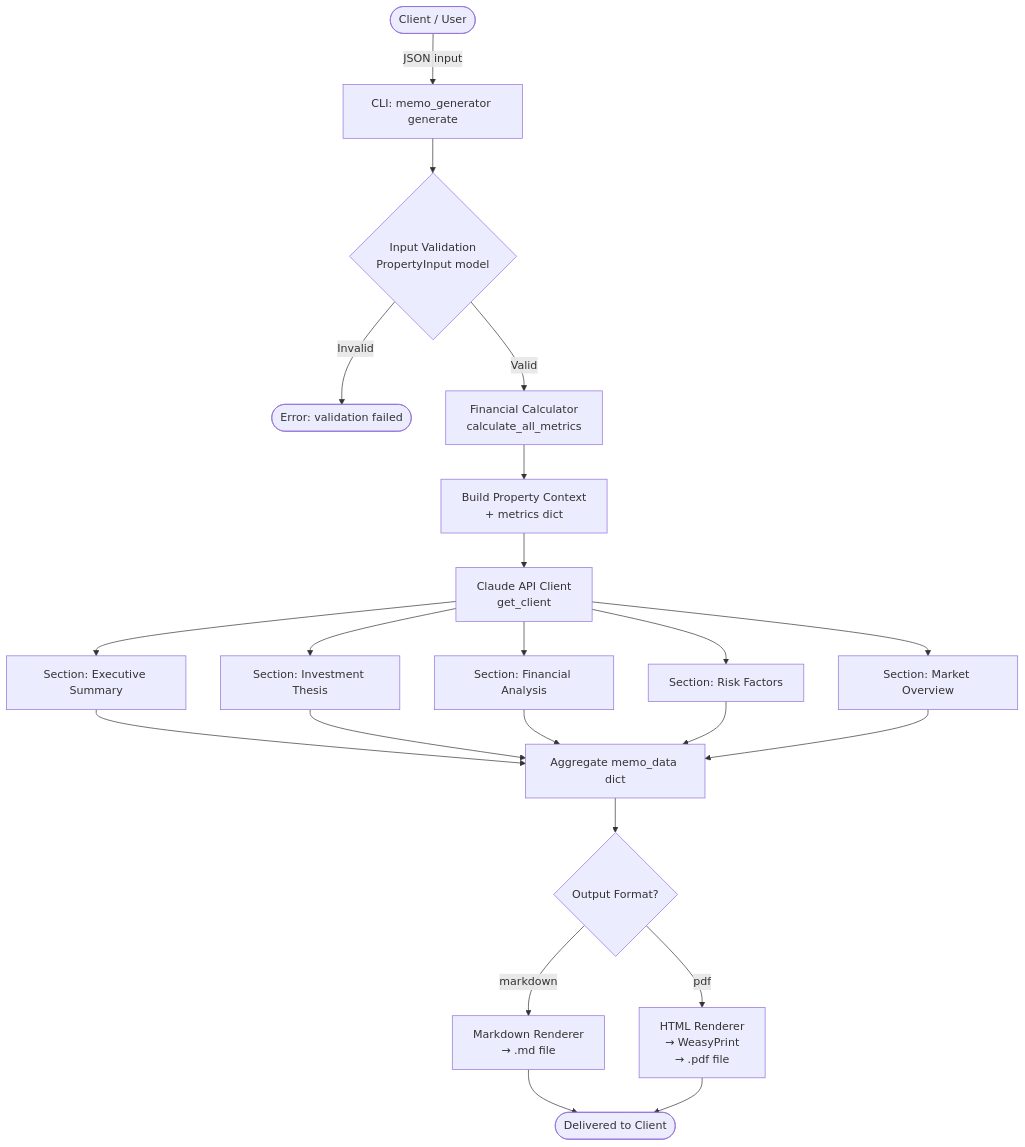
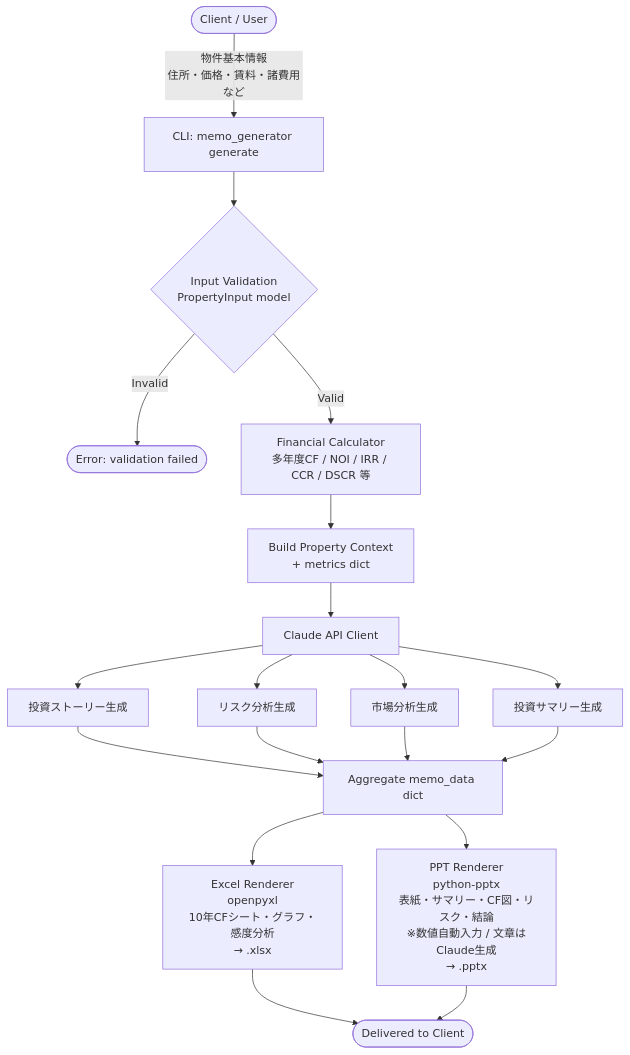
The first of 3 diagrams in FLOW.md (yuitokyouni/real-estate-memo-generator), drawn with Mermaid before and after one commit. The commit also changed other lines of this file and 8 other files, not shown here.

First line of the commit message:
Add Excel/PowerPoint output support and refine memo generation

````diff
--- a/FLOW.md
+++ b/FLOW.md
@@ -5,24 +5,22 @@
 ```mermaid
 flowchart TD
-    A([Client / User]) -->|JSON input| B[CLI: memo_generator generate]
+    A([Client / User]) -->|物件基本情報\n住所・価格・賃料・諸費用など| B[CLI: memo_generator generate]
     B --> C{Input Validation\nPropertyInput model}
     C -->|Invalid| ERR([Error: validation failed])
-    C -->|Valid| D[Financial Calculator\ncalculate_all_metrics]
+    C -->|Valid| D[Financial Calculator\n多年度CF / NOI / IRR / CCR / DSCR 等]
     D --> E[Build Property Context\n+ metrics dict]
-    E --> F[Claude API Client\nget_client]
+    E --> F[Claude API Client]
 
-    F --> G1[Section: Executive Summary]
-    F --> G2[Section: Investment Thesis]
-    F --> G3[Section: Financial Analysis]
-    F --> G4[Section: Risk Factors]
-    F --> G5[Section: Market Overview]
+    F --> G1[投資ストーリー生成]
+    F --> G2[リスク分析生成]
+    F --> G3[市場分析生成]
+    F --> G4[投資サマリー生成]
 
-    G1 & G2 & G3 & G4 & G5 --> H[Aggregate memo_data dict]
+    G1 & G2 & G3 & G4 --> H[Aggregate memo_data dict]
 
-    H --> I{Output Format?}
-    I -->|markdown| J[Markdown Renderer\n→ .md file]
-    I -->|pdf| K[HTML Renderer\n→ WeasyPrint\n→ .pdf file]
+    H --> I1[Excel Renderer\nopenpyxl\n10年CFシート・グラフ・感度分析\n→ .xlsx]
+    H --> I2[PPT Renderer\npython-pptx\n表紙・サマリー・CF図・リスク・結論\n※数値自動入力 / 文章はClaude生成\n→ .pptx]
 
-    J --> OUT([Delivered to Client])
-    K --> OUT
+    I1 --> OUT([Delivered to Client])
+    I2 --> OUT
 ```
````
